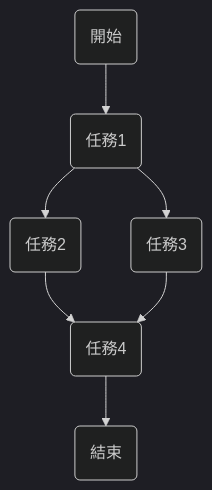
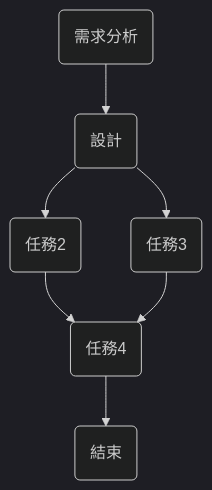
One commit to gino2066/- changed the second of 2 diagrams in README.md. Above: the diagram before and after it, drawn with Mermaid (dark theme).

````diff
--- a/README.md
+++ b/README.md
@@ -24,9 +24,9 @@
 ```mermaid
 graph TD
-    A(開始) --> B(任務1)
+    A(需求分析) --> B(設計)
     B --> C(任務2)
     B --> D(任務3)
     C --> E(任務4)
     D --> E
     E --> F(結束)
 ```
````
